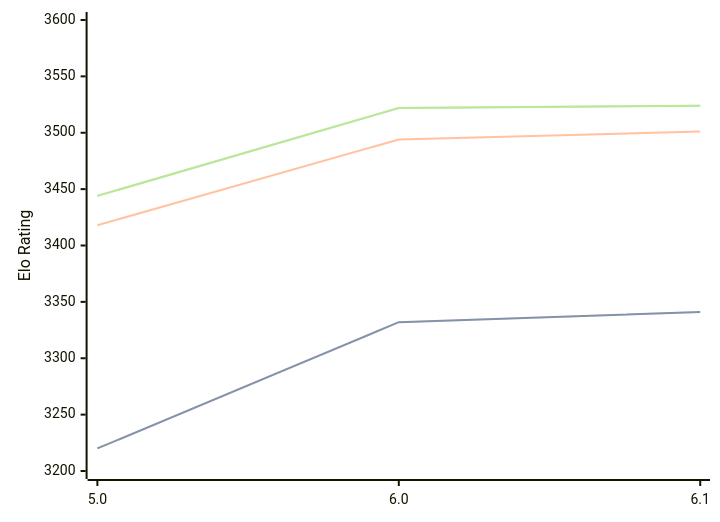
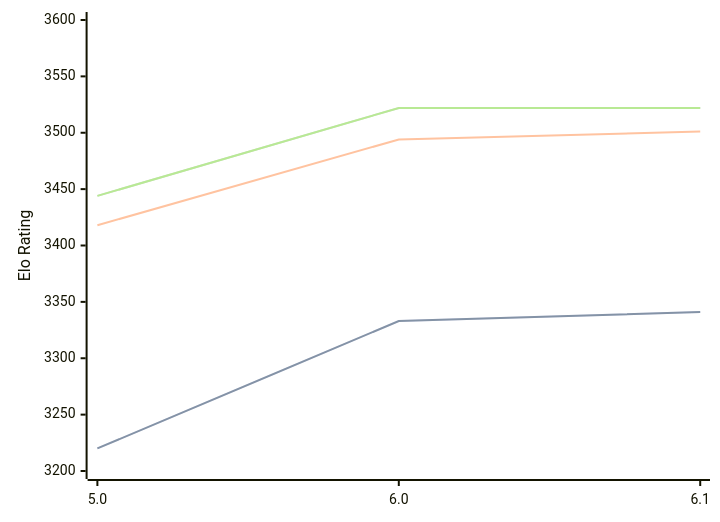
Before and after one commit to computer-chess-index/cci: the diagram in engines/Starzix.md, drawn with Mermaid. The commit also changed other lines of this file, not shown here.

Commit message:
Update CCI Ratings (ELO VLTC) - 2026-09-25

````diff
--- a/engines/Starzix.md
+++ b/engines/Starzix.md
@@ -33,11 +33,11 @@
 ```mermaid
 %%{init: {"theme":"base","themeVariables":{"seriesColors:['#a3a3a3','#222221','#faa371']}}}%%
 xychart-beta
   x-axis ["5.0", "6.0", "6.1"]
   y-axis "Elo Rating" 3200 --> 3600
-  line "" [3220, 3332, 3341]
-  line "STC (8.0+0.08s)" [3220, 3332, 3341]
+  line "" [3220, 3333, 3341]
+  line "STC (8.0+0.08s)" [3220, 3333, 3341]
   line "LTC (60.0+0.60s)" [3418, 3494, 3501]
-  line "" [3444, 3522, 3524]
-  line "VLTC (2m24s+1.12s)" [3444, 3522, 3524]
+  line "" [3444, 3522, 3522]
+  line "VLTC (2m24s+1.12s)" [3444, 3522, 3522]
 ```
````
